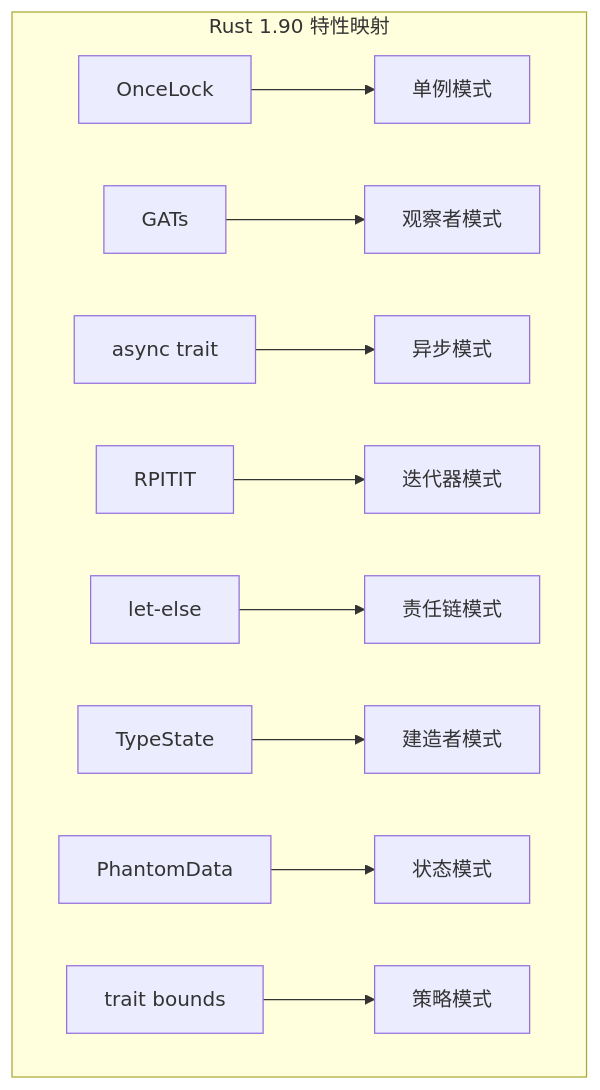
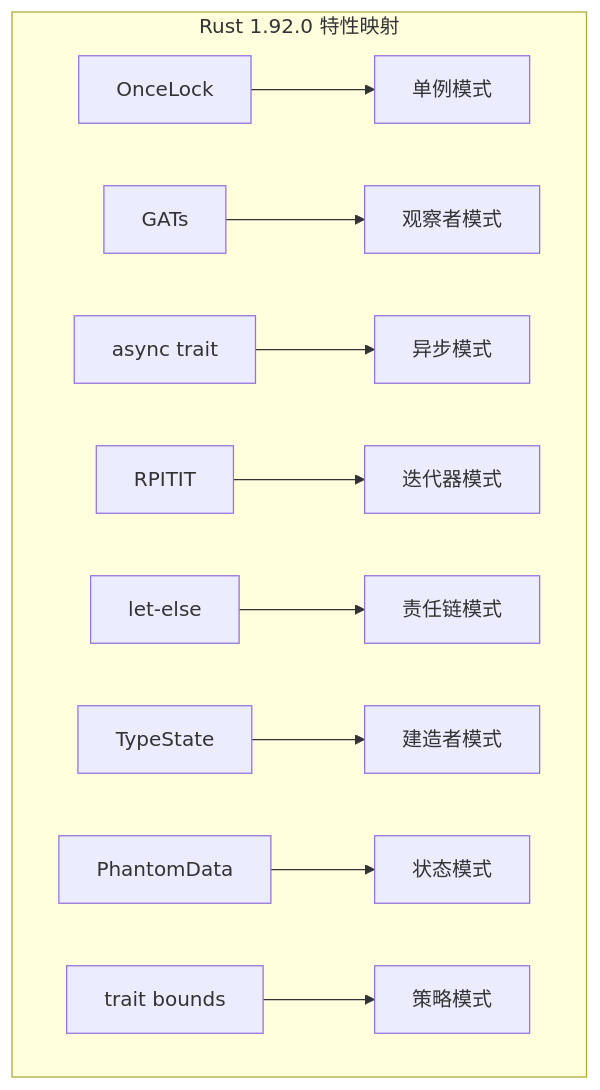
Before and after one commit to martin-ly/rust-lang: diagram 12 of 18 in crates/c09_design_pattern/docs/KNOWLEDGE_GRAPH.md, drawn with Mermaid. The commit also changed other lines of this file and 290 other files, not shown here.

````diff
--- a/crates/c09_design_pattern/docs/KNOWLEDGE_GRAPH.md
+++ b/crates/c09_design_pattern/docs/KNOWLEDGE_GRAPH.md
@@ -442,13 +442,13 @@
 ```mermaid
 graph TB
-    subgraph "Rust 1.90 特性映射"
+    subgraph "Rust 1.92.0 特性映射"
         F1[OnceLock] --> P1[单例模式]
         F2[GATs] --> P2[观察者模式]
         F3[async trait] --> P3[异步模式]
         F4[RPITIT] --> P4[迭代器模式]
         F5[let-else] --> P5[责任链模式]
         F6[TypeState] --> P6[建造者模式]
         F7[PhantomData] --> P7[状态模式]
         F8[trait bounds] --> P8[策略模式]
     end
 ```
````
